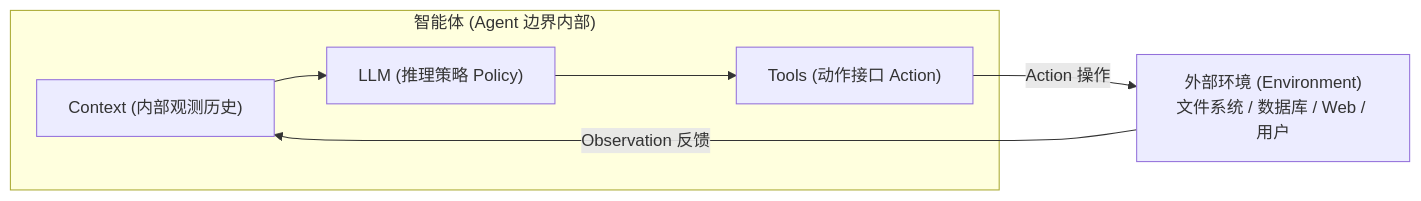
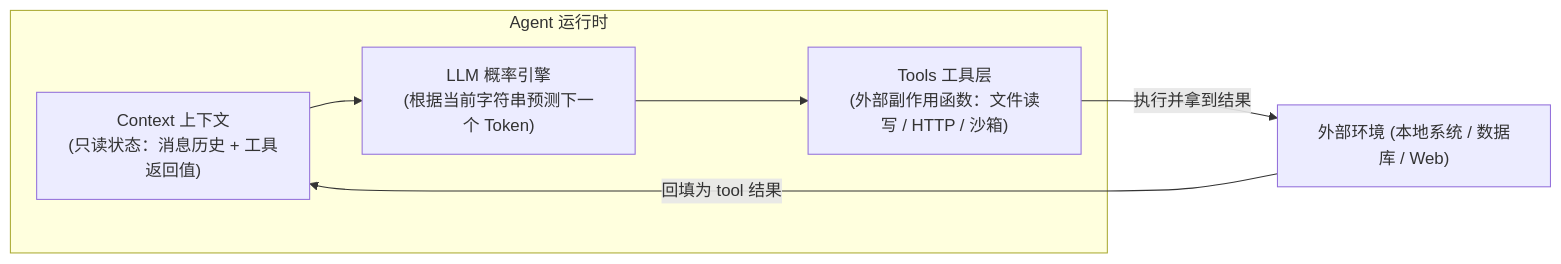
One commit to ljh12138164/ai-agent-study changed the first of 3 diagrams in app/ch01-fundamentals/01-agent-formula/page.mdx. Above: the diagram before and after it, drawn with Mermaid. The commit also changed other lines of this file and 43 other files, not shown here.

````diff
--- a/app/ch01-fundamentals/01-agent-formula/page.mdx
+++ b/app/ch01-fundamentals/01-agent-formula/page.mdx
@@ -34,10 +17,10 @@
 ```mermaid
 flowchart LR
-    subgraph Agent["智能体 (Agent 边界内部)"]
-        Context["Context (内部观测历史)"] --> LLM["LLM (推理策略 Policy)"]
-        LLM --> Tools["Tools (动作接口 Action)"]
+    subgraph AgentRuntime["Agent 运行时"]
+        Context["Context 上下文<br/>(只读状态：消息历史 + 工具返回值)"] --> LLM["LLM 概率引擎<br/>(根据当前字符串预测下一个 Token)"]
+        LLM --> Tools["Tools 工具层<br/>(外部副作用函数：文件读写 / HTTP / 沙箱)"]
     end
     
-    Tools -->|Action 操作| Env["外部环境 (Environment)<br/>文件系统 / 数据库 / Web / 用户"]
-    Env -->|Observation 反馈| Context
+    Tools -->|执行并拿到结果| Env["外部环境 (本地系统 / 数据库 / Web)"]
+    Env -->|回填为 tool 结果| Context
 ```
````
